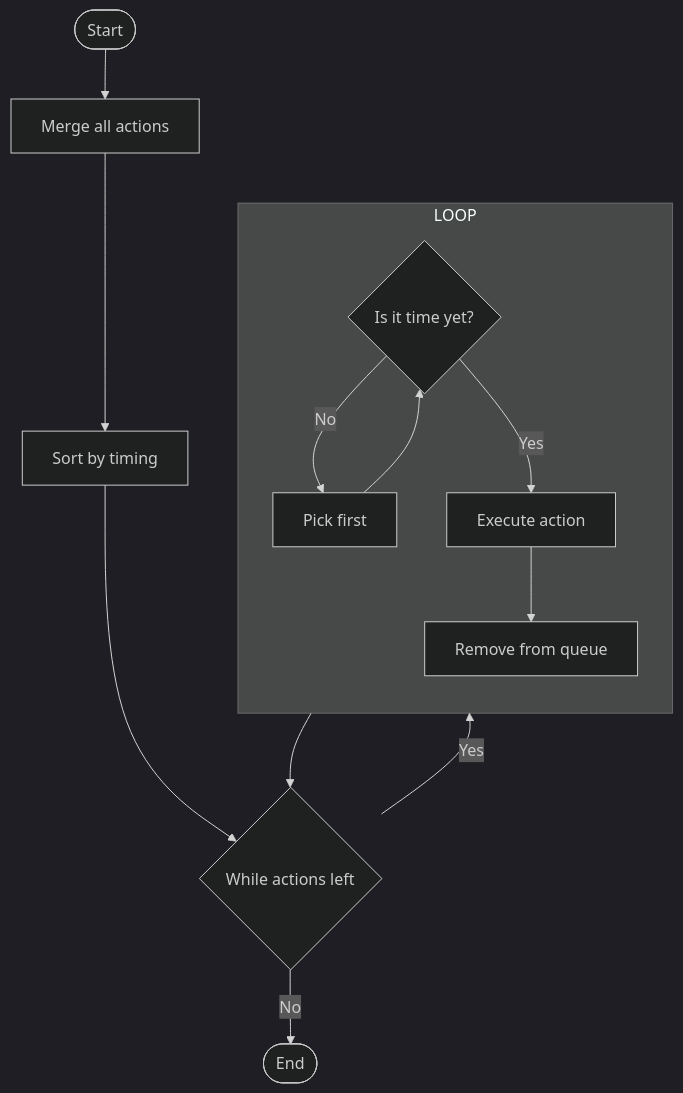
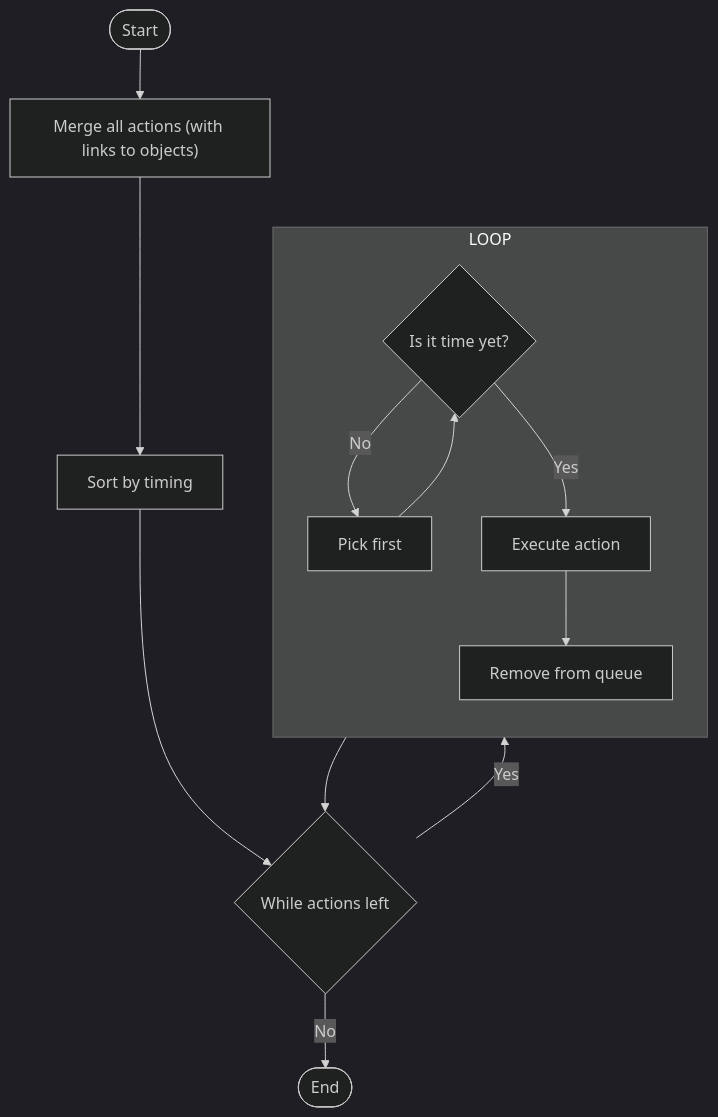
The third of 3 diagrams in docs/mecs.md (Virashu/danmaku), drawn with Mermaid (dark theme) before and after one commit. The commit also changed 1 other file, not shown here.

Commit message:
Update mecs

````diff
--- a/docs/mecs.md
+++ b/docs/mecs.md
@@ -137,33 +137,33 @@
 ```mermaid
 graph TB
 
 A([Start])
-B[Merge all actions]
+B["Merge all actions (with links to objects)"]
 C[Sort by timing]
 E{Is it time yet?}
 F[Execute action]
 G[Remove from queue]
 H{While actions left}
 Z([End])
 
 A --> B
 B --> C
 C --> H
 
 subgraph LOOP
   direction TB
 
   D[Pick first]
 
   D --> E
   E --> |Yes| F
   E --> |No| D
   F --> G
 end
 
 
 LOOP --> H
 H --> |Yes| LOOP
 H --> |No| Z
 
 ```
````
